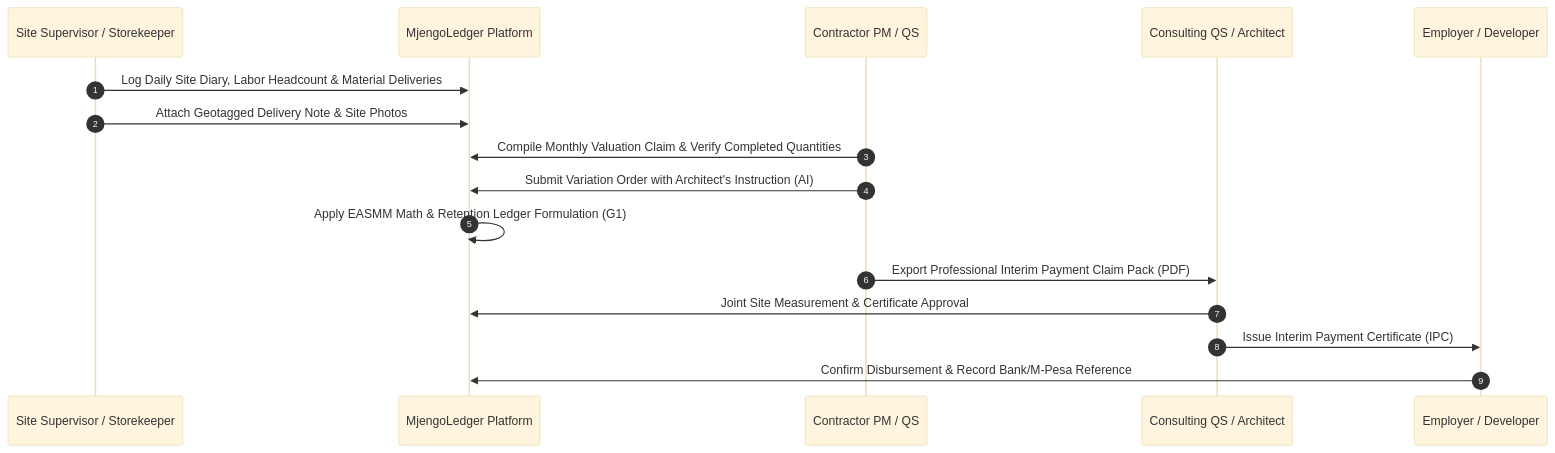
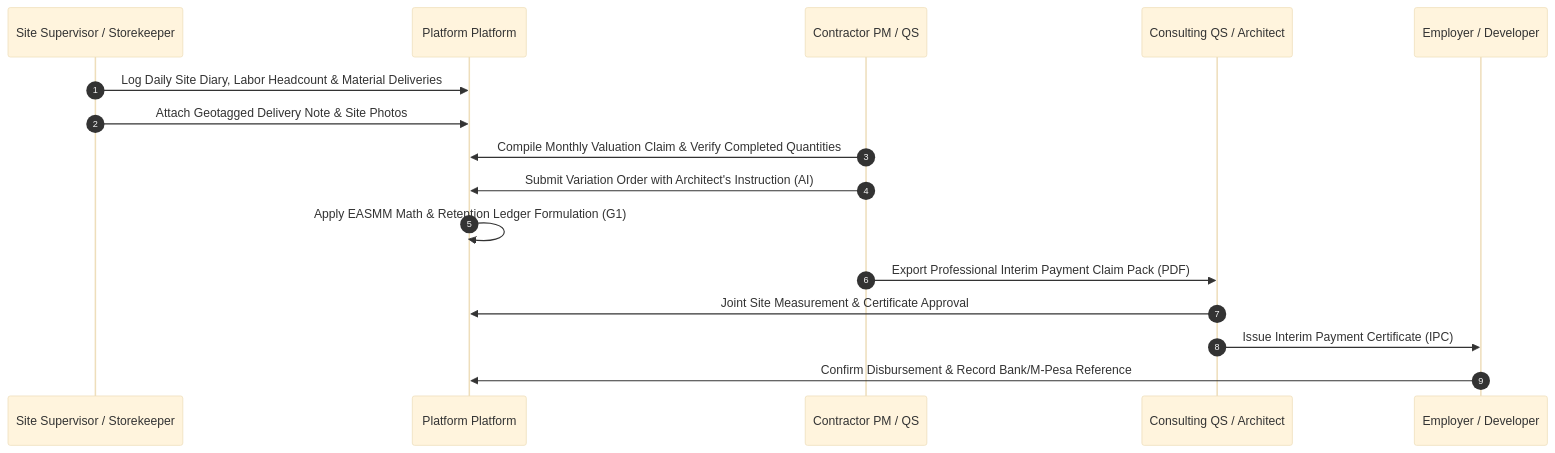
Before and after one commit to parrot-y/Construction: the third of 4 diagrams in docs/research/CONTRACTOR_LIFECYCLE_AND_BENCHMARK.md, drawn with Mermaid (base theme). The commit also changed other lines of this file and 71 other files, not shown here.

````diff
--- a/docs/research/CONTRACTOR_LIFECYCLE_AND_BENCHMARK.md
+++ b/docs/research/CONTRACTOR_LIFECYCLE_AND_BENCHMARK.md
@@ -462,19 +462,19 @@
 ```mermaid
 sequenceDiagram
     autonumber
     participant Site as Site Supervisor / Storekeeper
-    participant ML as MjengoLedger Platform
+    participant ML as Platform Platform
     participant PM as Contractor PM / QS
     participant Lead as Consulting QS / Architect
     participant Client as Employer / Developer
 
     Site->>ML: Log Daily Site Diary, Labor Headcount & Material Deliveries
     Site->>ML: Attach Geotagged Delivery Note & Site Photos
     PM->>ML: Compile Monthly Valuation Claim & Verify Completed Quantities
     PM->>ML: Submit Variation Order with Architect's Instruction (AI)
     ML->>ML: Apply EASMM Math & Retention Ledger Formulation (G1)
     PM->>Lead: Export Professional Interim Payment Claim Pack (PDF)
     Lead->>ML: Joint Site Measurement & Certificate Approval
     Lead->>Client: Issue Interim Payment Certificate (IPC)
     Client->>ML: Confirm Disbursement & Record Bank/M-Pesa Reference
 ```
````
